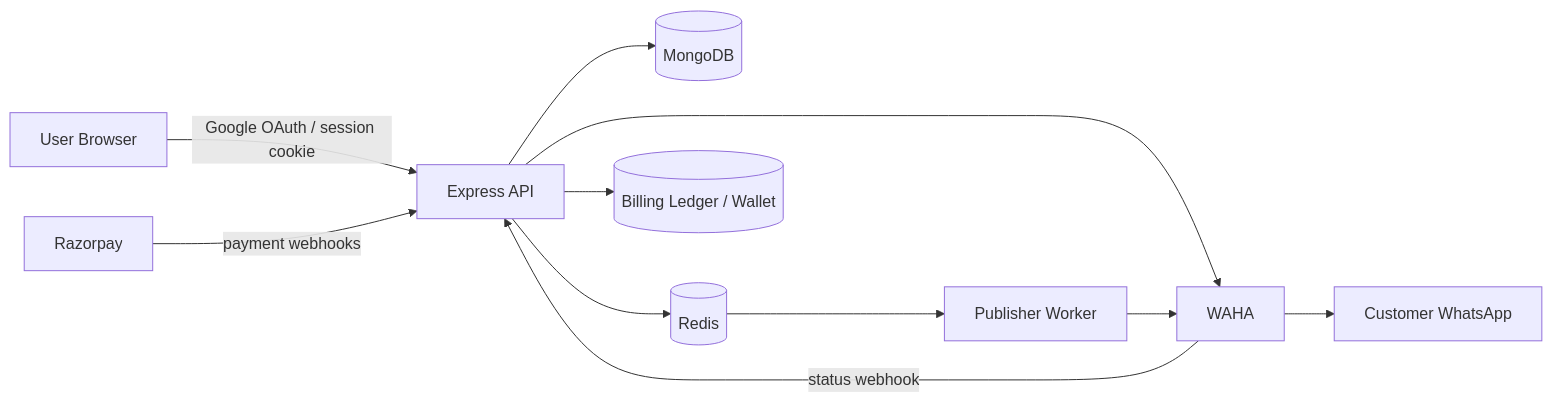
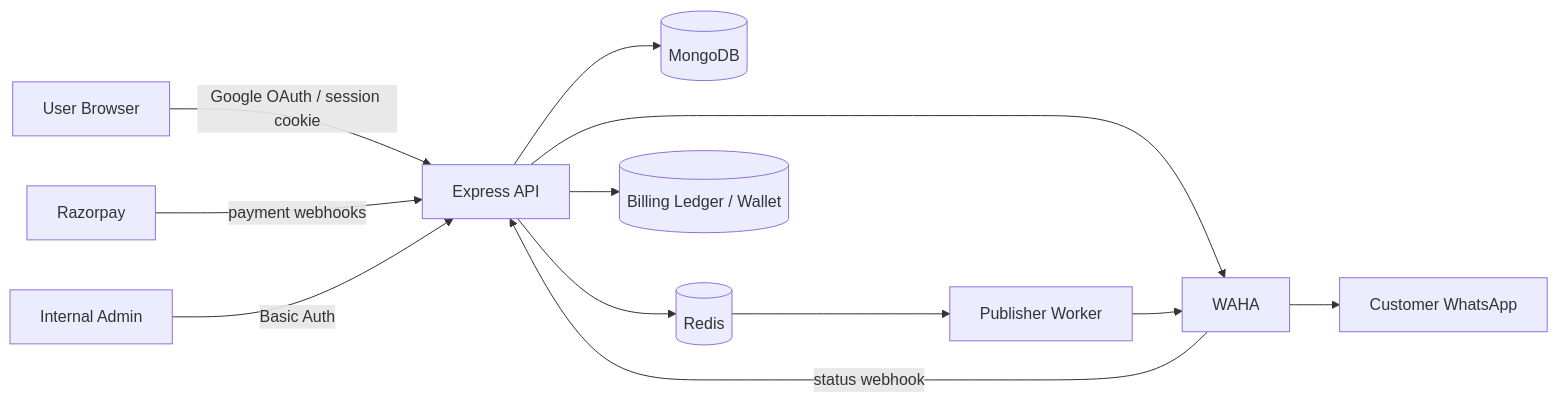
The first of 6 diagrams in docs/architecture.md (chithraguptha/solosync-backend), drawn with Mermaid before and after one commit. The commit also changed other lines of this file, not shown here.

Commit message:
docs: document admin console and local stack architecture

````diff
--- a/docs/architecture.md
+++ b/docs/architecture.md
@@ -5,13 +5,14 @@
 ```mermaid
 flowchart LR
   U[User Browser] -->|Google OAuth / session cookie| API[Express API]
   API --> DB[(MongoDB)]
   API --> R[(Redis)]
   API --> W[WAHA]
   R --> WK[Publisher Worker]
   WK --> W
   W --> WA[Customer WhatsApp]
   W -->|status webhook| API
   RP[Razorpay] -->|payment webhooks| API
   API --> LEDGER[(Billing Ledger / Wallet)]
+  OPS[Internal Admin] -->|Basic Auth| API
 ```
````
